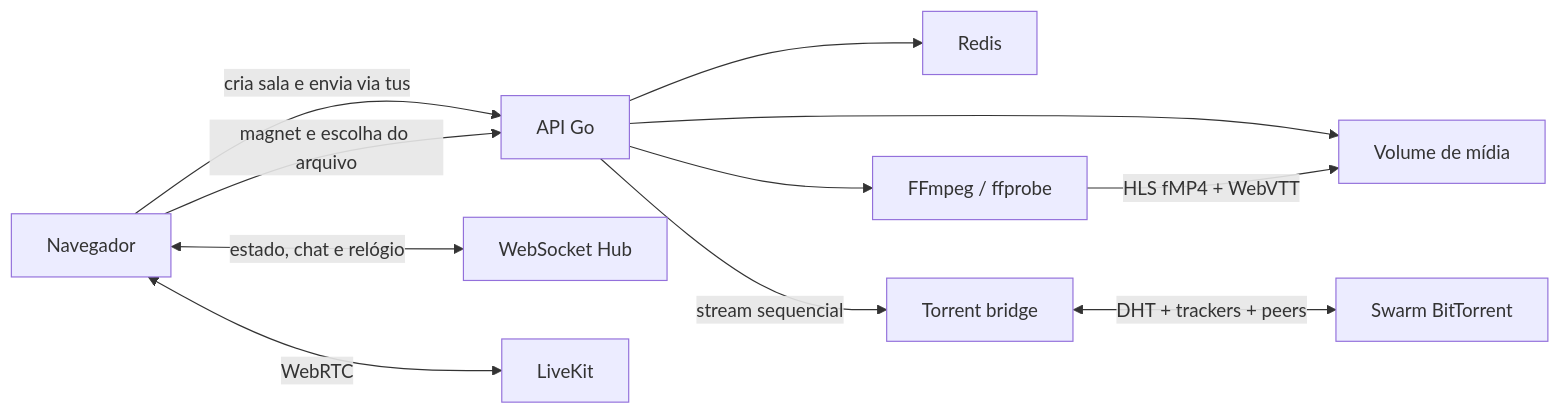
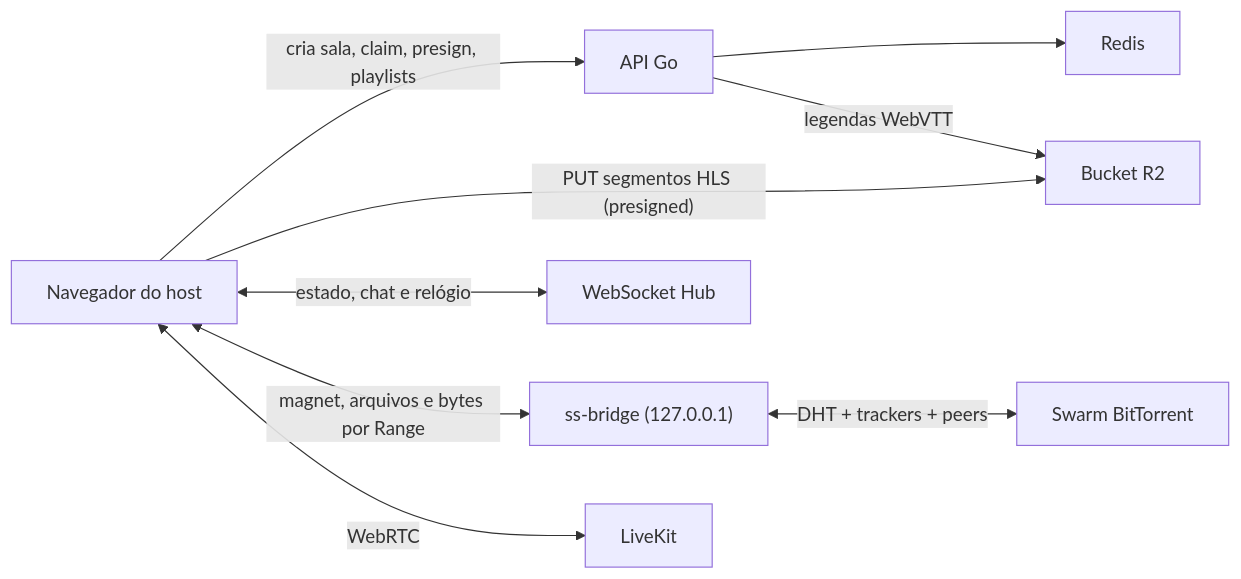
One commit to giulianoo0/juntos.lol changed the diagram in README.md. Above: the diagram before and after it, drawn with Mermaid. The commit also changed other lines of this file and 96 other files, not shown here.

````diff
--- a/README.md
+++ b/README.md
@@ -28,13 +28,11 @@
 ```mermaid
 flowchart LR
-    B["Navegador"] -->|"cria sala e envia via tus"| A["API Go"]
+    B["Navegador do host"] -->|"cria sala, claim, presign, playlists"| A["API Go"]
+    B -->|"PUT segmentos HLS (presigned)"| O["Bucket R2"]
     B <-->|"estado, chat e relógio"| W["WebSocket Hub"]
     A --> R["Redis"]
-    A --> D["Volume de mídia"]
-    A --> F["FFmpeg / ffprobe"]
-    F -->|"HLS fMP4 + WebVTT"| D
-    B -->|"magnet e escolha do arquivo"| A
-    A -->|"stream sequencial"| T["Torrent bridge"]
+    A -->|"legendas WebVTT"| O
+    B <-->|"magnet, arquivos e bytes por Range"| T["ss-bridge (127.0.0.1)"]
     T <-->|"DHT + trackers + peers"| P["Swarm BitTorrent"]
     B <-->|"WebRTC"| L["LiveKit"]
 ```
````
